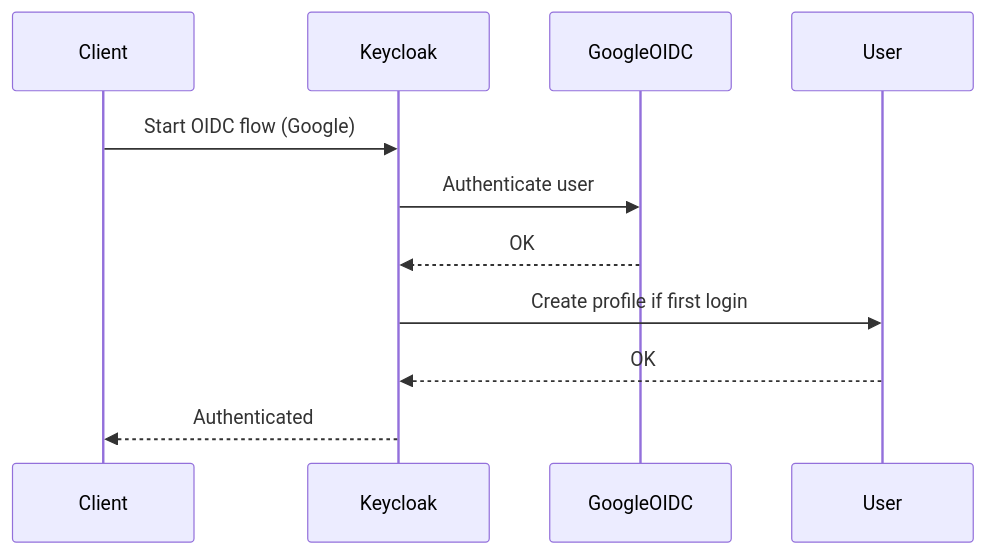
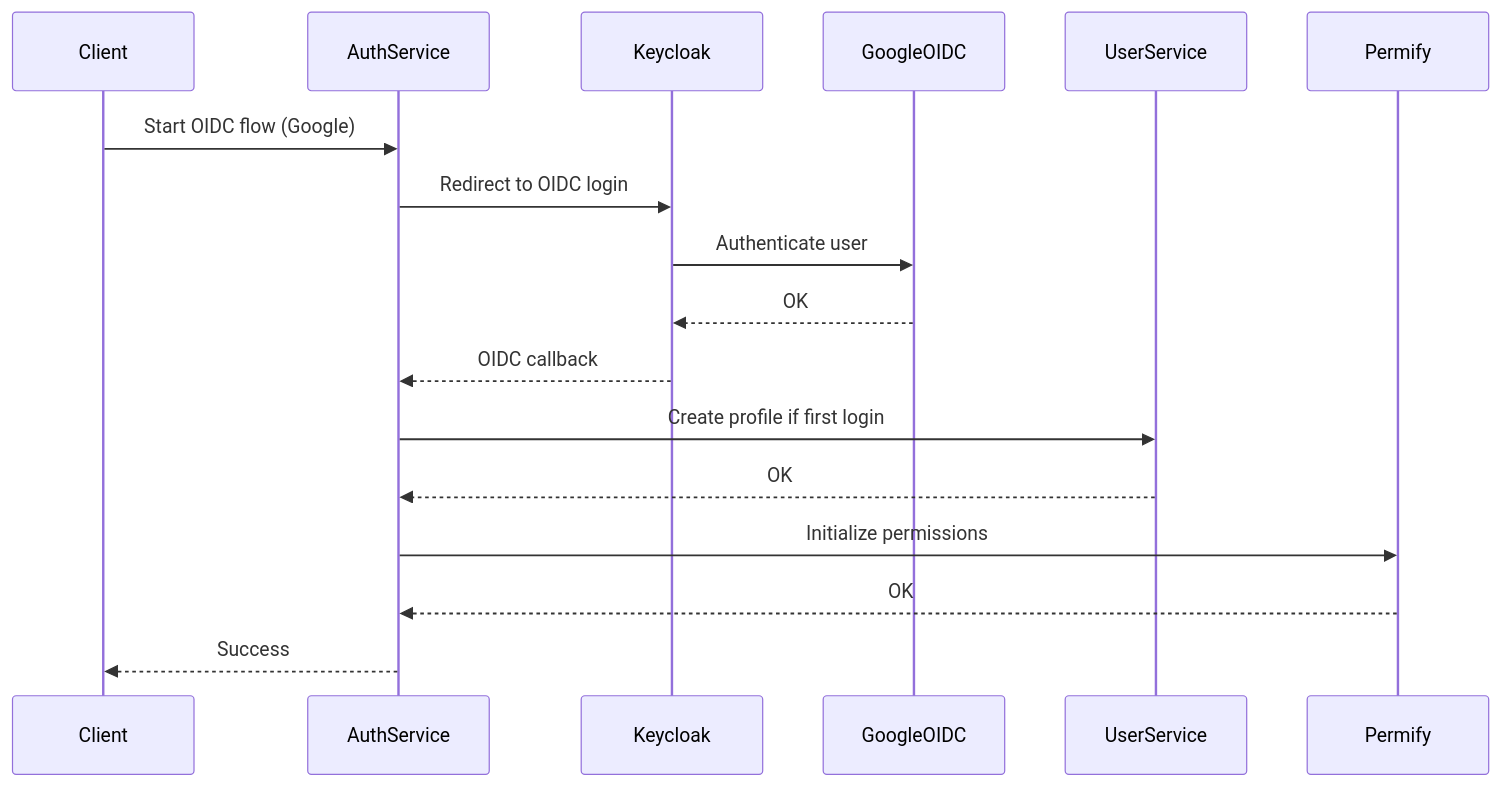
One commit to Razano26/Beep-TAD.AM changed the fourth of 6 diagrams in vue-technique/02-authentification.adoc. Above: the diagram before and after it, drawn with Mermaid. The commit also changed other lines of this file and 6 other files, not shown here.

Commit message:
feat: Refine Beep application documentation by enhancing service descriptions, improving clarity on authentication flows, and updating observability and security sections for better understanding and usability

```diff
--- a/vue-technique/02-authentification.adoc
+++ b/vue-technique/02-authentification.adoc
@@ -81,15 +94,21 @@
 [mermaid]
 ----
 sequenceDiagram
     participant Client
+    participant AuthService
     participant Keycloak
     participant GoogleOIDC
-    participant User
+    participant UserService
+    participant Permify
 
-    Client->>Keycloak: Start OIDC flow (Google)
+    Client->>AuthService: Start OIDC flow (Google)
+    AuthService->>Keycloak: Redirect to OIDC login
     Keycloak->>GoogleOIDC: Authenticate user
     GoogleOIDC-->>Keycloak: OK
-    Keycloak->>User: Create profile if first login
-    User-->>Keycloak: OK
-    Keycloak-->>Client: Authenticated
+    Keycloak-->>AuthService: OIDC callback
+    AuthService->>UserService: Create profile if first login
+    UserService-->>AuthService: OK
+    AuthService->>Permify: Initialize permissions
+    Permify-->>AuthService: OK
+    AuthService-->>Client: Success
 ----
```
